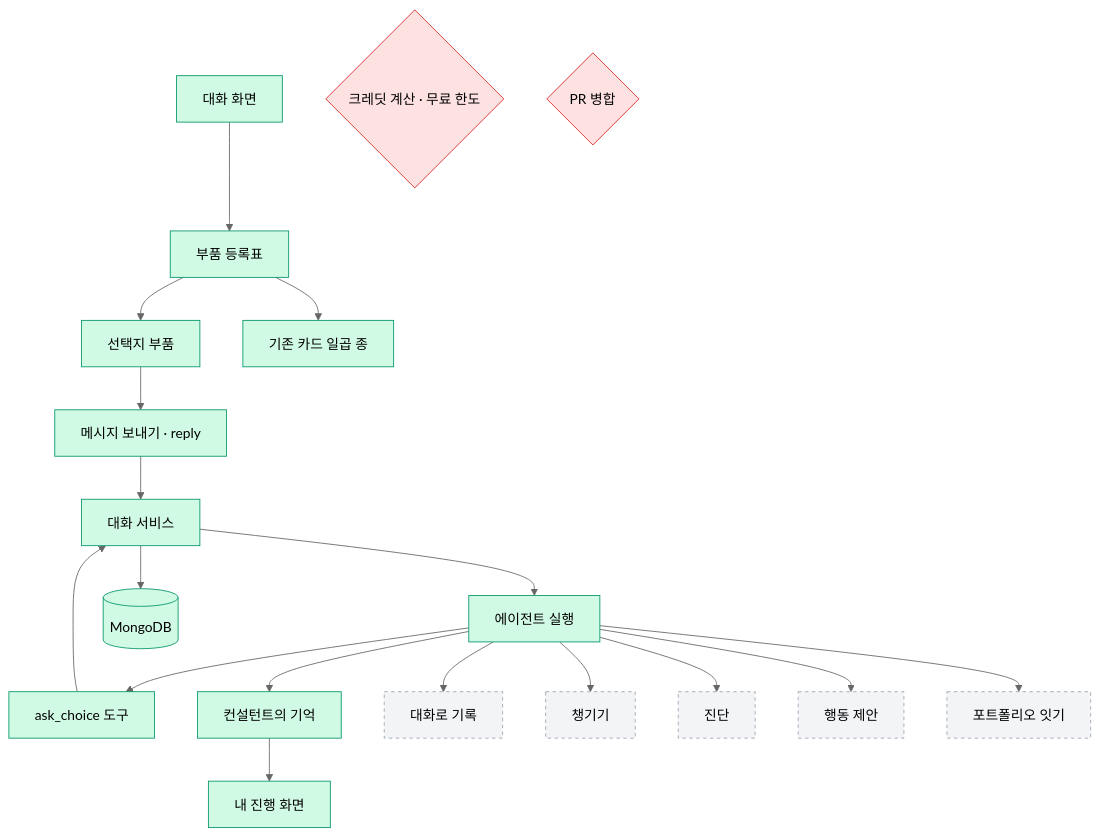
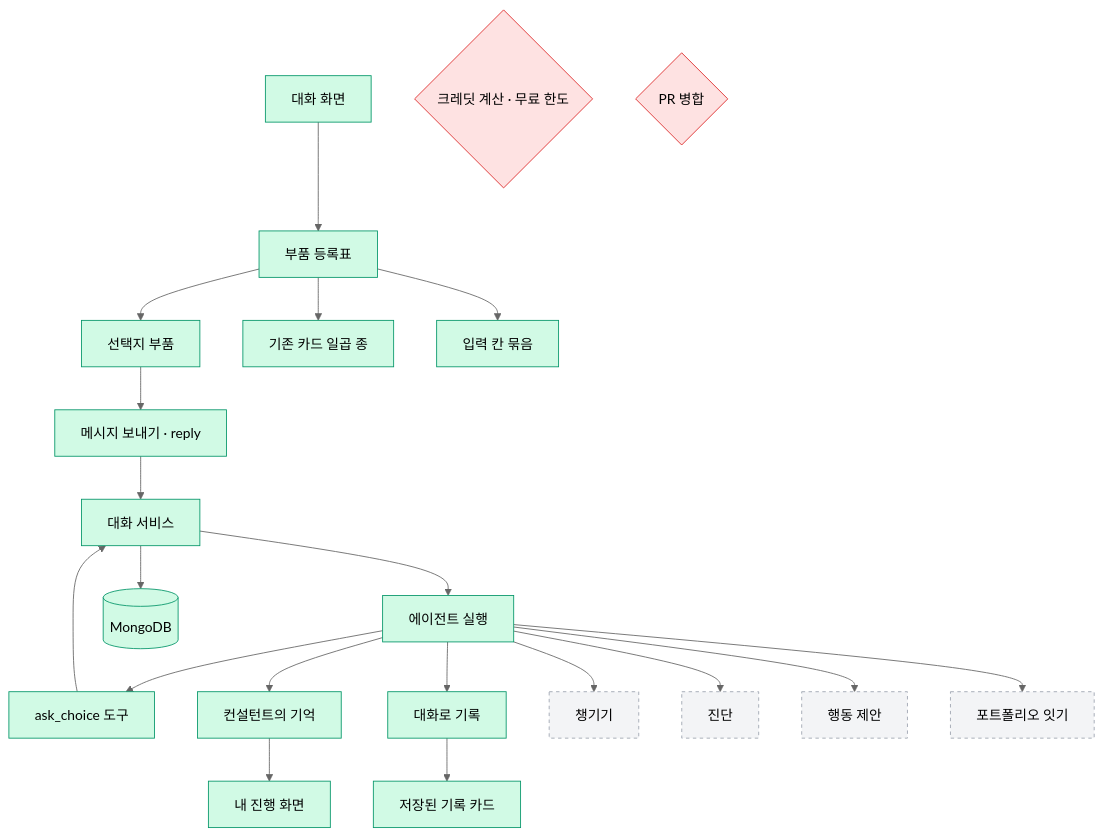
The diagram in .sitrep/sessions/20261120-0230-expresso-ai-consultant/arch.mmd (Expresso-Organization/expresso), drawn with Mermaid (neutral theme) before and after one commit. The commit also changed 16 other files, not shown here.

```diff
--- a/.sitrep/sessions/20261120-0230-expresso-ai-consultant/arch.mmd
+++ b/.sitrep/sessions/20261120-0230-expresso-ai-consultant/arch.mmd
@@ -1,26 +1,28 @@
 flowchart TD
   U[대화 화면] --> REG[부품 등록표]
   REG --> CH[선택지 부품]
   REG --> CARD[기존 카드 일곱 종]
   CH --> SEND[메시지 보내기 · reply]
   SEND --> SVC[대화 서비스]
   SVC --> RT[에이전트 실행]
   RT --> ASK[ask_choice 도구]
   ASK --> SVC
   RT --> MEM[컨설턴트의 기억]
   RT --> REC[대화로 기록]
   RT --> FU[챙기기]
   RT --> DG[진단]
   RT --> AC[행동 제안]
   RT --> PF[포트폴리오 잇기]
   SVC --> DB[(MongoDB)]
   CR{크레딧 계산 · 무료 한도}
   MG{PR 병합}
   classDef done fill:#d1fae5,stroke:#059669
   classDef doing fill:#fef3c7,stroke:#d97706
   classDef decide fill:#fee2e2,stroke:#dc2626
   classDef todo fill:#f3f4f6,stroke:#9ca3af,stroke-dasharray:4
   MEM --> PROG[내 진행 화면]
-  class U,REG,CH,CARD,SEND,SVC,RT,ASK,DB,MEM,PROG done
-  class REC,FU,DG,AC,PF todo
+  REC --> SAVED[저장된 기록 카드]
+  REG --> FORM[입력 칸 묶음]
+  class U,REG,CH,CARD,SEND,SVC,RT,ASK,DB,MEM,PROG,REC,SAVED,FORM done
+  class FU,DG,AC,PF todo
   class CR,MG decide
```
